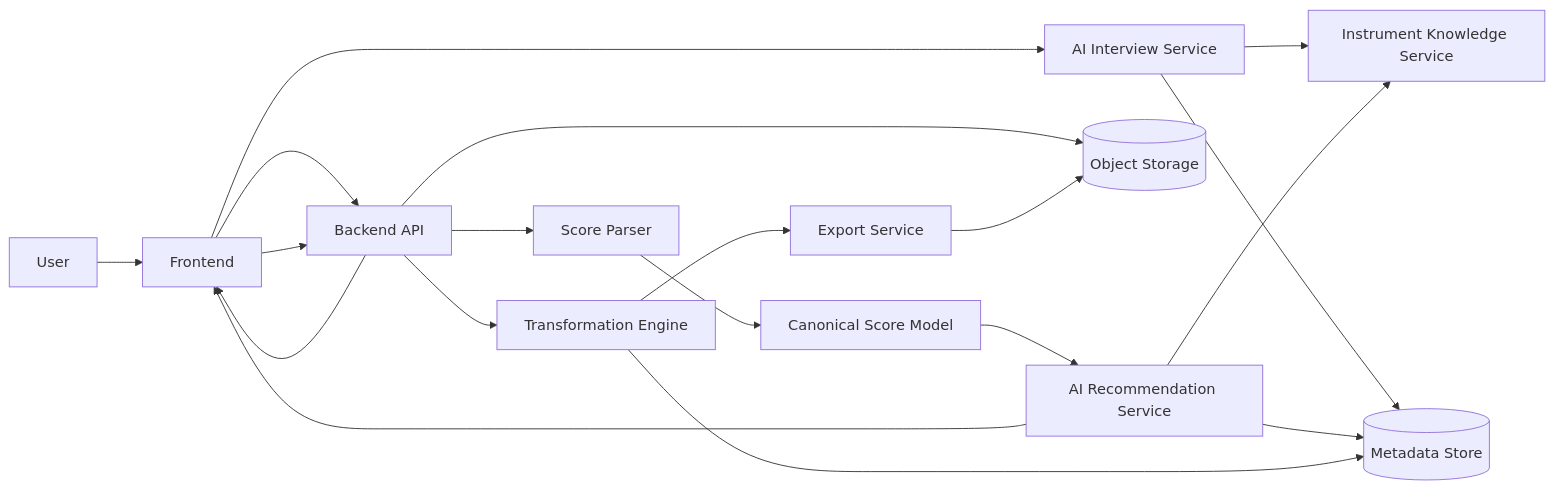
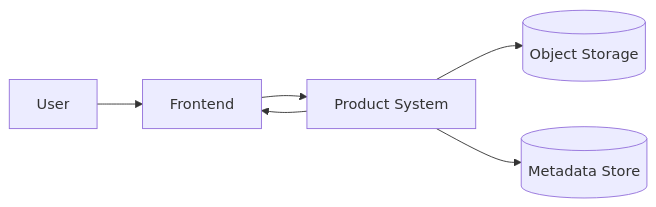
One commit to AnaKies/music-app changed the diagram in docs/architecture/system-context.md. Above: the diagram before and after it, drawn with Mermaid. The commit also changed other lines of this file and 6 other files, not shown here.

Commit message:
docs(architecture): refine transposition system documentation

````diff
--- a/docs/architecture/system-context.md
+++ b/docs/architecture/system-context.md
@@ -31,21 +55,8 @@
 ```mermaid
 flowchart LR
     U[User] --> FE[Frontend]
-    FE --> AIQ[AI Interview Service]
-    AIQ --> IKS[Instrument Knowledge Service]
-    AIQ --> DB[(Metadata Store)]
-    FE --> API[Backend API]
-    API --> OS[(Object Storage)]
-    API --> PARSER[Score Parser]
-    PARSER --> CSM[Canonical Score Model]
-    CSM --> AIR[AI Recommendation Service]
-    AIR --> IKS
-    AIR --> DB
-    AIR --> FE
-    FE --> API
-    API --> TX[Transformation Engine]
-    TX --> EXPORT[Export Service]
-    TX --> DB
-    EXPORT --> OS
-    API --> FE
+    FE --> PS[Product System]
+    PS --> OS[(Object Storage)]
+    PS --> DB[(Metadata Store)]
+    PS --> FE
 ```
````
